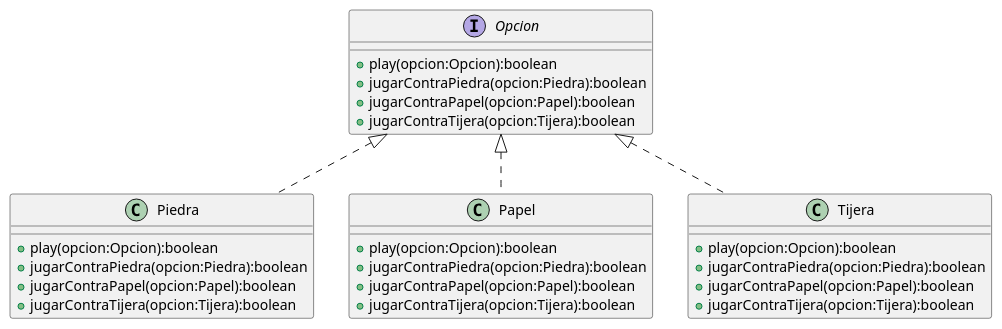
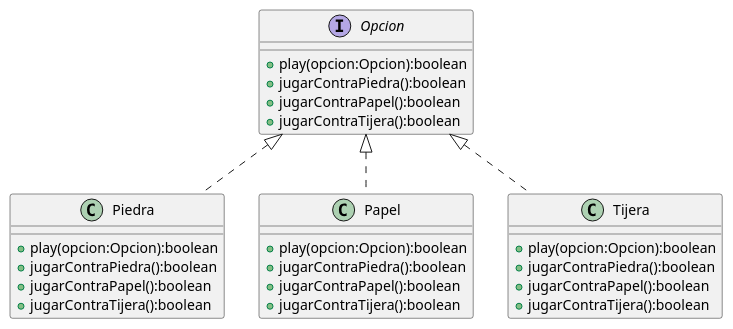
One commit to Francogrch/OO2-2025 changed the second of 2 diagrams in Repaso/src/main/java/ejercicio2/ej_2.puml. Above: the diagram before and after it, drawn with PlantUML. The commit also changed 19 other files, not shown here.

```diff
--- a/Repaso/src/main/java/ejercicio2/ej_2.puml
+++ b/Repaso/src/main/java/ejercicio2/ej_2.puml
@@ -29,28 +29,27 @@
 @startuml
 interface Opcion {
 +play(opcion:Opcion):boolean
-+jugarContraPiedra(opcion:Piedra):boolean
-+jugarContraPapel(opcion:Papel):boolean
-+jugarContraTijera(opcion:Tijera):boolean
++jugarContraPiedra():boolean
++jugarContraPapel():boolean
++jugarContraTijera():boolean
 }
 
 class Piedra implements Opcion {
 +play(opcion:Opcion):boolean
-+jugarContraPiedra(opcion:Piedra):boolean
-+jugarContraPapel(opcion:Papel):boolean
-+jugarContraTijera(opcion:Tijera):boolean
++jugarContraPiedra():boolean
++jugarContraPapel():boolean
++jugarContraTijera():boolean
 }
 class Papel implements Opcion {
 +play(opcion:Opcion):boolean
-+jugarContraPiedra(opcion:Piedra):boolean
-+jugarContraPapel(opcion:Papel):boolean
-+jugarContraTijera(opcion:Tijera):boolean
++jugarContraPiedra():boolean
++jugarContraPapel():boolean
++jugarContraTijera():boolean
 }
 class Tijera implements Opcion {
 +play(opcion:Opcion):boolean
-+jugarContraPiedra(opcion:Piedra):boolean
-+jugarContraPapel(opcion:Papel):boolean
-+jugarContraTijera(opcion:Tijera):boolean
++jugarContraPiedra():boolean
++jugarContraPapel():boolean
++jugarContraTijera():boolean
 }
-' En el play de cada clase, se le manda el mensaje a la opcion con el this como parametro
 @enduml
```
